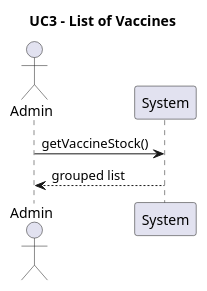
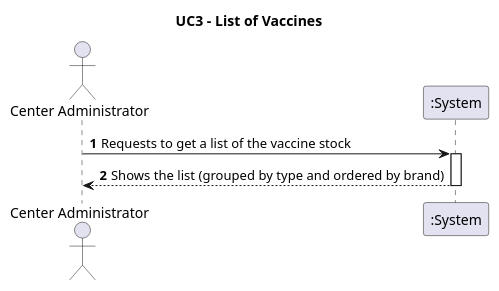
The diagram in Documentation/Use Cases/UC3.puml (Andre-1240567/fsoft2026_1DD_1), drawn with PlantUML before and after one commit. The commit also changed 4 other files, not shown here.

```diff
--- a/Documentation/Use Cases/UC3.puml
+++ b/Documentation/Use Cases/UC3.puml
@@ -1,11 +1,15 @@
 @startuml
 'https://plantuml.com/use-case-diagram
 title UC3 - List of Vaccines
 
-actor Admin
-participant "System"
+actor "Center Administrator" as Admin
+participant ":System" as System
 
-Admin -> System: getVaccineStock()
-System --> Admin: grouped list
+autonumber
+
+Admin -> System: Requests to get a list of the vaccine stock
+activate System
+System --> Admin: Shows the list (grouped by type and ordered by brand)
+deactivate System
 
 @enduml
```
